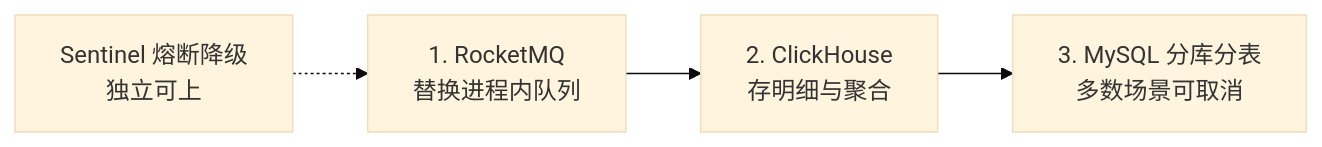
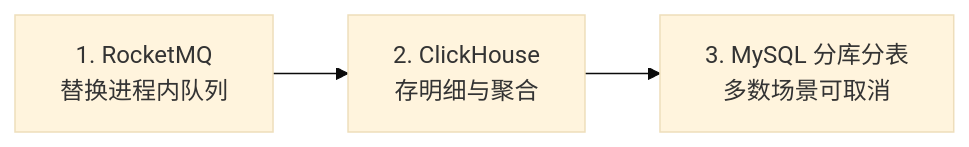
One commit to wg0323/short-link changed the second of 2 diagrams in README.md. Above: the diagram before and after it, drawn with Mermaid (base theme). The commit also changed other lines of this file, not shown here.

First line of the commit message:
docs: README 同步 Sentinel 与配额体系

````diff
--- a/README.md
+++ b/README.md
@@ -126,6 +146,5 @@
 ```mermaid
 flowchart LR
     MQ[1. RocketMQ<br/>替换进程内队列] --> CH[2. ClickHouse<br/>存明细与聚合]
     CH --> SHARD[3. MySQL 分库分表<br/>多数场景可取消]
-    SEN[Sentinel 熔断降级<br/>独立可上] -.-> MQ
 ```
````
